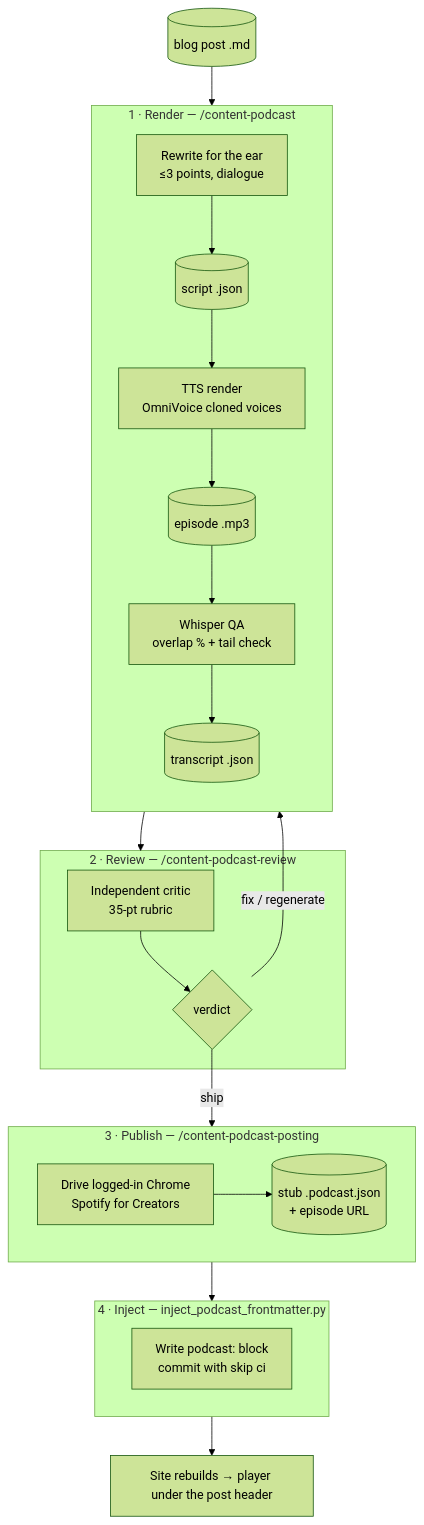
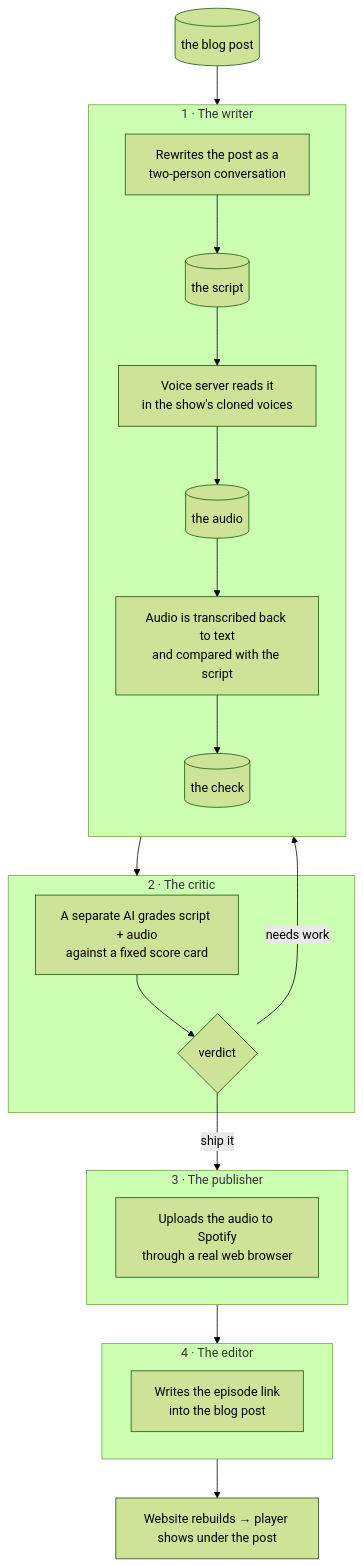
The third of 12 diagrams in docs/00-overview.md (Matcry12/shipwithai-podcast-plugin), drawn with Mermaid (forest theme) before and after one commit. The commit also changed other lines of this file, not shown here.

````diff
--- a/docs/00-overview.md
+++ b/docs/00-overview.md
@@ -55,24 +60,24 @@
 ```mermaid
 flowchart TD
-    P[(blog post .md)] --> S1
-    subgraph S1["1 · Render — /content-podcast"]
+    P[(the blog post)] --> S1
+    subgraph S1["1 · The writer"]
         direction TB
-        W[Rewrite for the ear<br/>≤3 points, dialogue] --> J[(script .json)]
-        J --> T[TTS render<br/>OmniVoice cloned voices] --> M[(episode .mp3)]
-        M --> Q[Whisper QA<br/>overlap % + tail check] --> TR[(transcript .json)]
+        W[Rewrites the post as a<br/>two-person conversation] --> J[(the script)]
+        J --> T[Voice server reads it<br/>in the show's cloned voices] --> M[(the audio)]
+        M --> Q[Audio is transcribed back to text<br/>and compared with the script] --> TR[(the check)]
     end
     S1 --> S2
-    subgraph S2["2 · Review — /content-podcast-review"]
-        C[Independent critic<br/>35-pt rubric] --> V{verdict}
+    subgraph S2["2 · The critic"]
+        C[A separate AI grades script + audio<br/>against a fixed score card] --> V{verdict}
     end
-    V -- fix / regenerate --> S1
-    V -- ship --> S3
-    subgraph S3["3 · Publish — /content-podcast-posting"]
-        B[Drive logged-in Chrome<br/>Spotify for Creators] --> U[(stub .podcast.json<br/>+ episode URL)]
+    V -- needs work --> S1
+    V -- ship it --> S3
+    subgraph S3["3 · The publisher"]
+        B[Uploads the audio to Spotify<br/>through a real web browser]
     end
     S3 --> S4
-    subgraph S4["4 · Inject — inject_podcast_frontmatter.py"]
-        I[Write podcast: block<br/>commit with skip ci]
+    subgraph S4["4 · The editor"]
+        I[Writes the episode link<br/>into the blog post]
     end
-    S4 --> SITE[Site rebuilds → player under the post header]
+    S4 --> SITE[Website rebuilds → player shows under the post]
 ```
````
